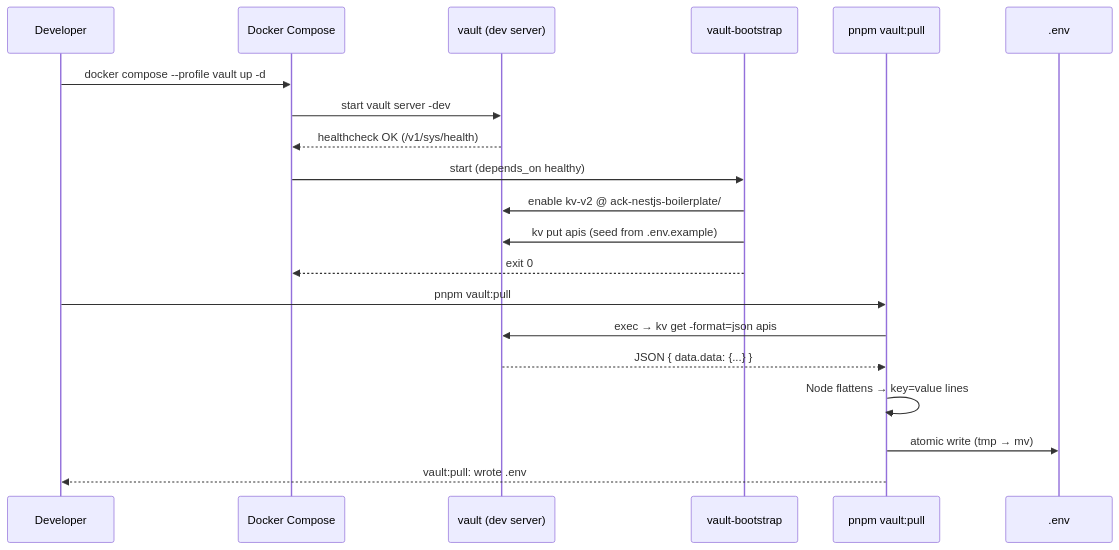
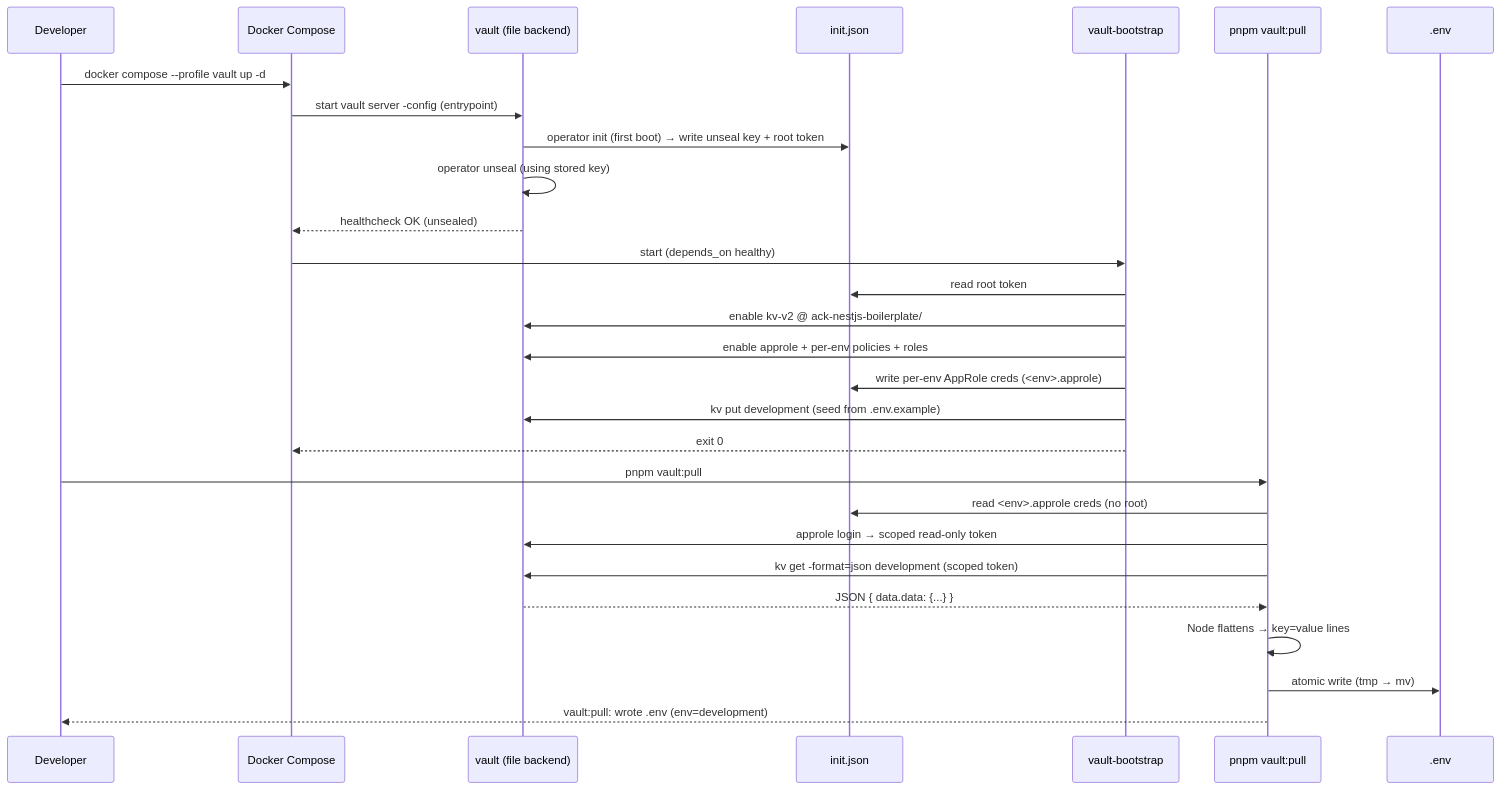
Before and after one commit to andrechristikan/ack-nestjs-boilerplate: the third of 3 diagrams in docs/vault.md, drawn with Mermaid. The commit also changed other lines of this file and 12 other files, not shown here.

Commit message:
feat: vault persistent and implement policy each env

````diff
--- a/docs/vault.md
+++ b/docs/vault.md
@@ -244,24 +317,32 @@
 ```mermaid
 sequenceDiagram
     participant Dev as Developer
     participant Compose as Docker Compose
-    participant Vault as vault (dev server)
+    participant Vault as vault (file backend)
+    participant Init as init.json
     participant Boot as vault-bootstrap
     participant Pull as pnpm vault:pull
     participant Env as .env
 
     Dev->>Compose: docker compose --profile vault up -d
-    Compose->>Vault: start vault server -dev
-    Vault-->>Compose: healthcheck OK (/v1/sys/health)
+    Compose->>Vault: start vault server -config (entrypoint)
+    Vault->>Init: operator init (first boot) → write unseal key + root token
+    Vault->>Vault: operator unseal (using stored key)
+    Vault-->>Compose: healthcheck OK (unsealed)
     Compose->>Boot: start (depends_on healthy)
+    Boot->>Init: read root token
     Boot->>Vault: enable kv-v2 @ ack-nestjs-boilerplate/
-    Boot->>Vault: kv put apis (seed from .env.example)
+    Boot->>Vault: enable approle + per-env policies + roles
+    Boot->>Init: write per-env AppRole creds (<env>.approle)
+    Boot->>Vault: kv put development (seed from .env.example)
     Boot-->>Compose: exit 0
 
     Dev->>Pull: pnpm vault:pull
-    Pull->>Vault: exec → kv get -format=json apis
+    Pull->>Init: read <env>.approle creds (no root)
+    Pull->>Vault: approle login → scoped read-only token
+    Pull->>Vault: kv get -format=json development (scoped token)
     Vault-->>Pull: JSON { data.data: {...} }
     Pull->>Pull: Node flattens → key=value lines
     Pull->>Env: atomic write (tmp → mv)
-    Pull-->>Dev: vault:pull: wrote .env
+    Pull-->>Dev: vault:pull: wrote .env (env=development)
 ```
````
